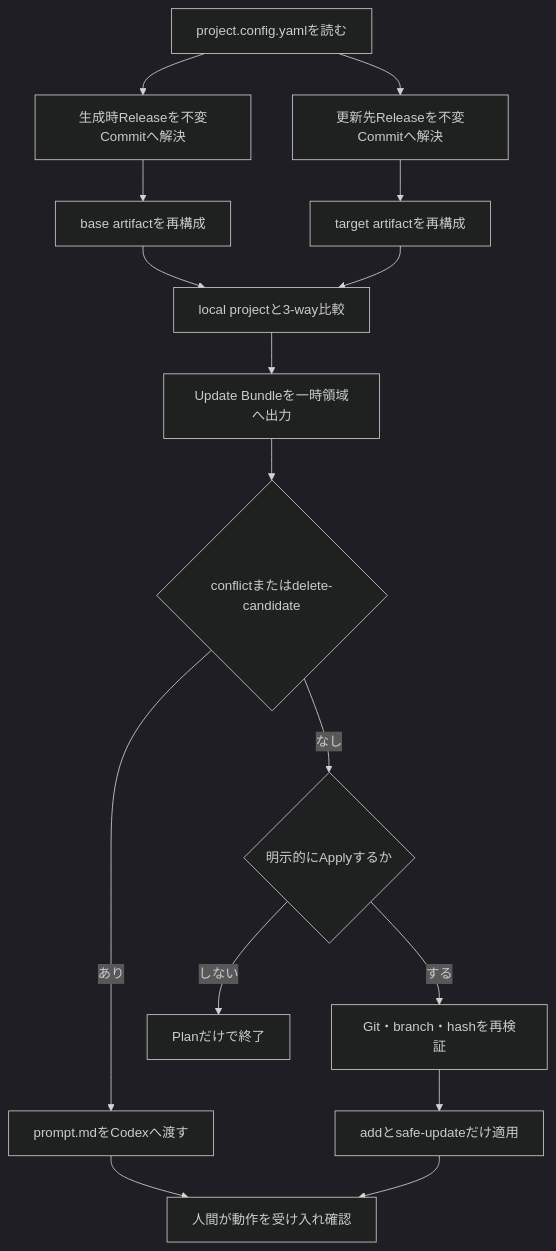
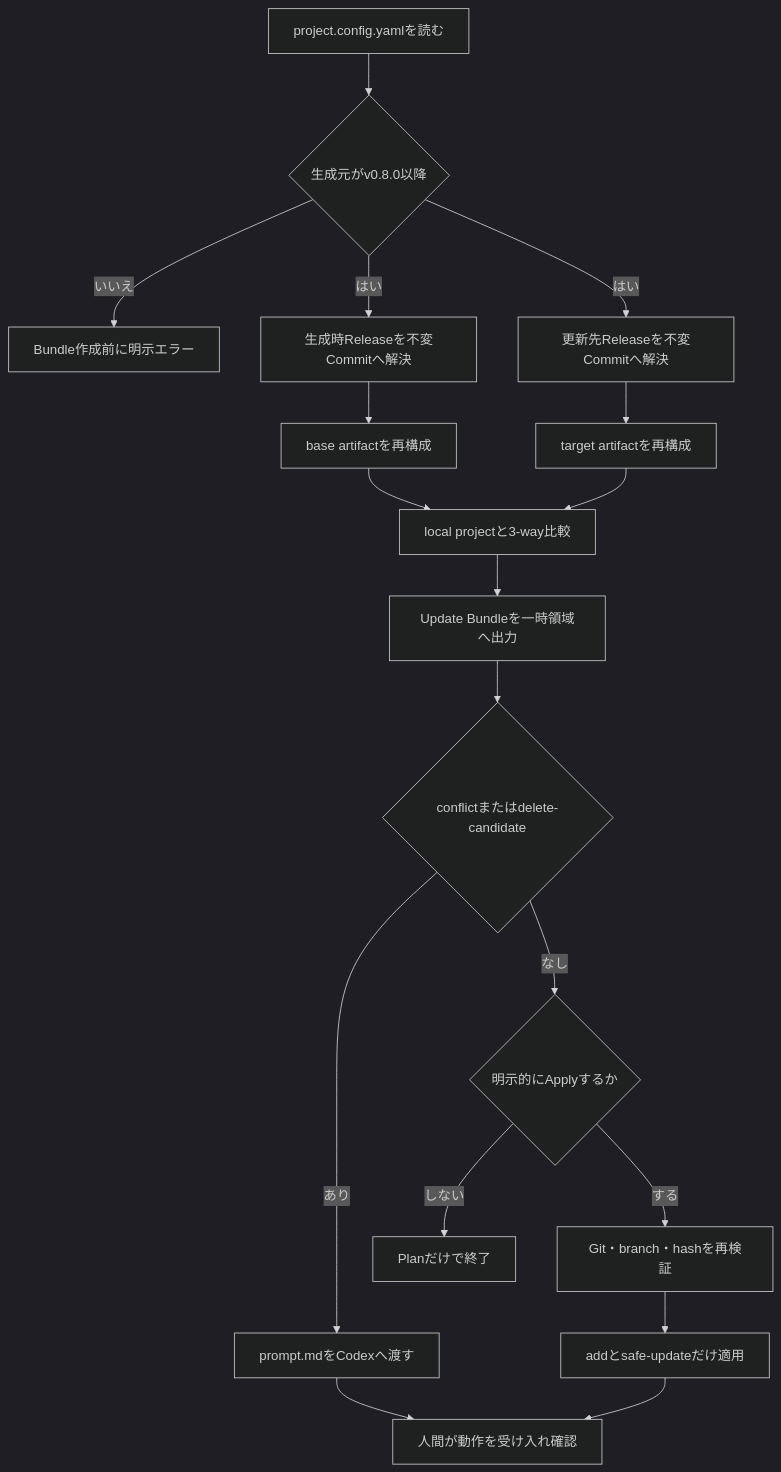
Before and after one commit to rukaruka966/ibuki-bootstrapper: the diagram in docs/design/v0.9-project-updater.md, drawn with Mermaid (dark theme). The commit also changed other lines of this file and 3 other files, not shown here.

````diff
--- a/docs/design/v0.9-project-updater.md
+++ b/docs/design/v0.9-project-updater.md
@@ -31,18 +35,20 @@
 ```mermaid
 flowchart TD
-    A["project.config.yamlを読む"] --> B["生成時Releaseを不変Commitへ解決"]
-    A --> C["更新先Releaseを不変Commitへ解決"]
-    B --> D["base artifactを再構成"]
-    C --> E["target artifactを再構成"]
-    D --> F["local projectと3-way比較"]
-    E --> F
-    F --> G["Update Bundleを一時領域へ出力"]
-    G --> H{"conflictまたはdelete-candidate"}
-    H -->|"あり"| I["prompt.mdをCodexへ渡す"]
-    H -->|"なし"| J{"明示的にApplyするか"}
-    J -->|"しない"| K["Planだけで終了"]
-    J -->|"する"| L["Git・branch・hashを再検証"]
-    L --> M["addとsafe-updateだけ適用"]
-    I --> N["人間が動作を受け入れ確認"]
-    M --> N
+    A["project.config.yamlを読む"] --> B{"生成元がv0.8.0以降"}
+    B -->|"いいえ"| C["Bundle作成前に明示エラー"]
+    B -->|"はい"| D["生成時Releaseを不変Commitへ解決"]
+    B -->|"はい"| E["更新先Releaseを不変Commitへ解決"]
+    D --> F["base artifactを再構成"]
+    E --> G["target artifactを再構成"]
+    F --> H["local projectと3-way比較"]
+    G --> H
+    H --> I["Update Bundleを一時領域へ出力"]
+    I --> J{"conflictまたはdelete-candidate"}
+    J -->|"あり"| K["prompt.mdをCodexへ渡す"]
+    J -->|"なし"| L{"明示的にApplyするか"}
+    L -->|"しない"| M["Planだけで終了"]
+    L -->|"する"| N["Git・branch・hashを再検証"]
+    N --> O["addとsafe-updateだけ適用"]
+    K --> P["人間が動作を受け入れ確認"]
+    O --> P
 ```
````
